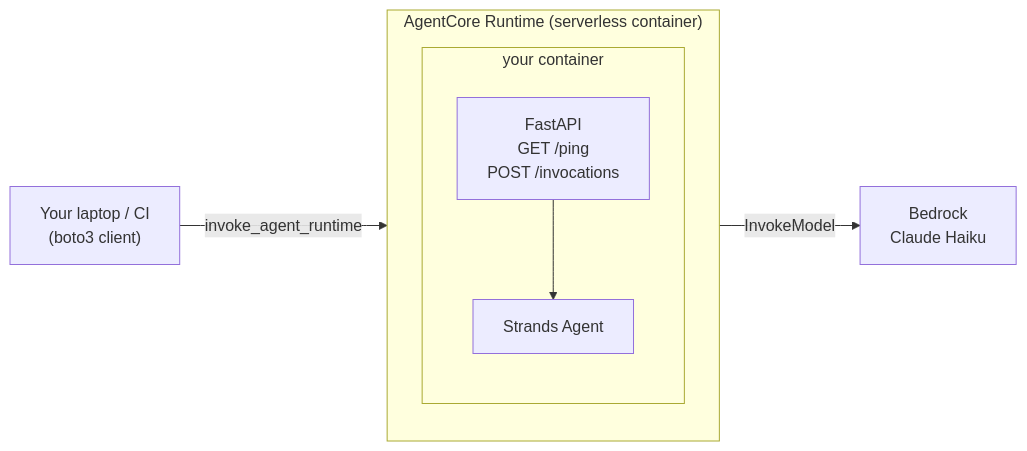
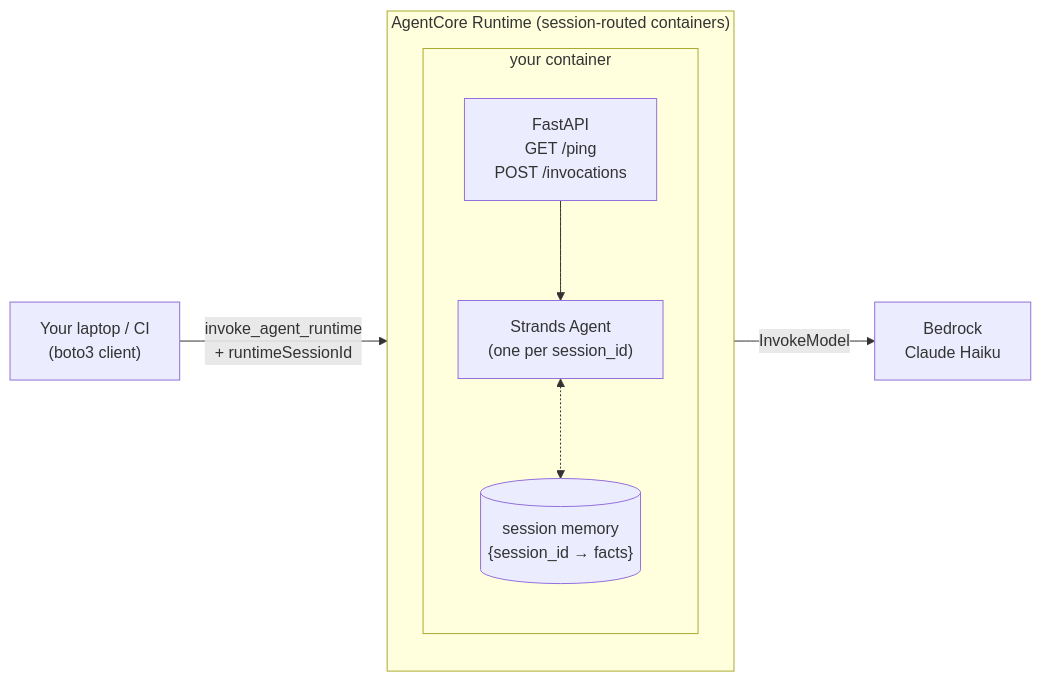
The diagram in README.md (glennbech/agentcore-strands), drawn with Mermaid before and after one commit. The commit also changed other lines of this file, not shown here.

First line of the commit message:
README pass: reflect session memory throughout

````diff
--- a/README.md
+++ b/README.md
@@ -151,16 +158,18 @@
 ```mermaid
 flowchart LR
     Client["Your laptop / CI<br/>(boto3 client)"]
-    subgraph Runtime["AgentCore Runtime (serverless container)"]
+    subgraph Runtime["AgentCore Runtime (session-routed containers)"]
         direction TB
         subgraph Container["your container"]
             direction TB
             FastAPI["FastAPI<br/>GET /ping<br/>POST /invocations"]
-            Strands["Strands Agent"]
+            Strands["Strands Agent<br/>(one per session_id)"]
+            Memory[("session memory<br/>{session_id → facts}")]
             FastAPI --> Strands
+            Strands <-.-> Memory
         end
     end
     Bedrock["Bedrock<br/>Claude Haiku"]
-    Client -- "invoke_agent_runtime" --> FastAPI
+    Client -- "invoke_agent_runtime<br/>+ runtimeSessionId" --> FastAPI
     Strands -- "InvokeModel" --> Bedrock
 ```
````
